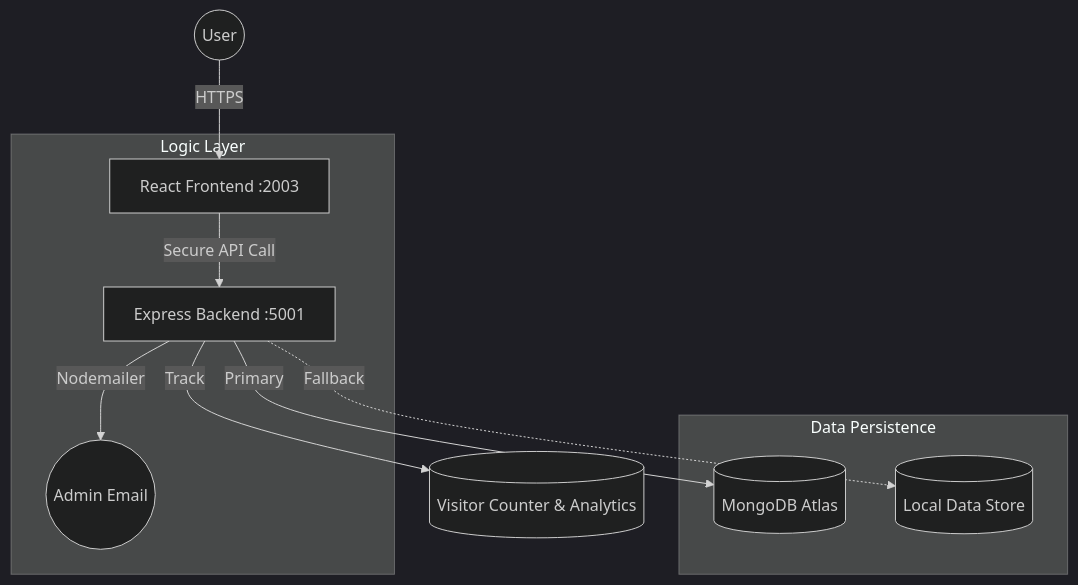
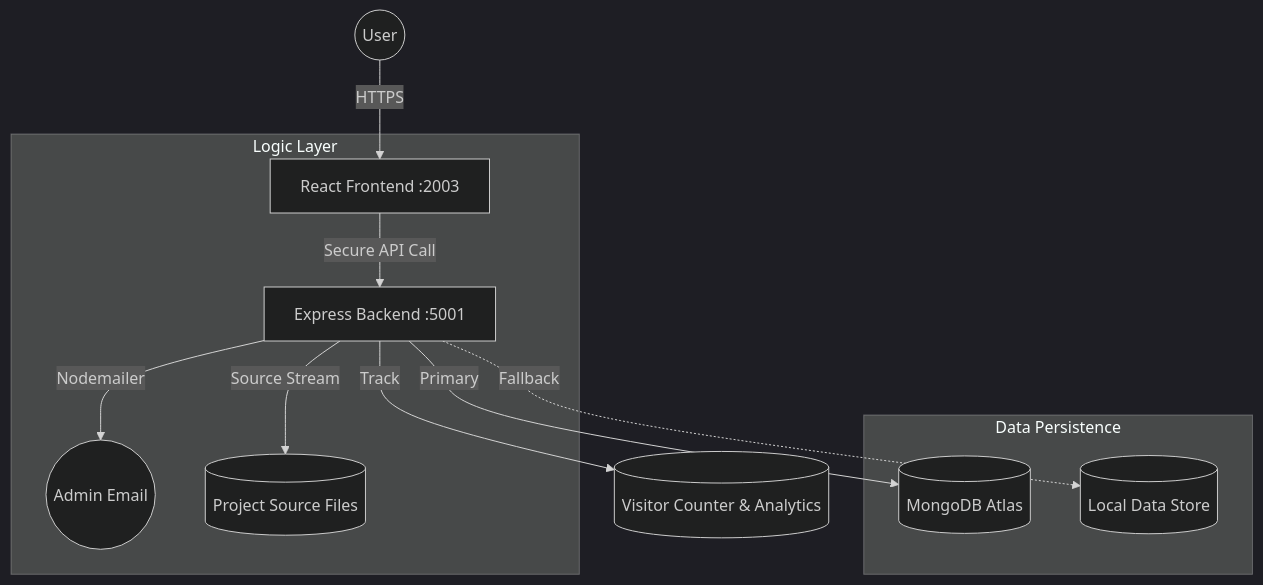
One commit to mdyasar49/portfolio-yasar changed the diagram in client/public/docs/README.md. Above: the diagram before and after it, drawn with Mermaid (dark theme). The commit also changed other lines of this file and 47 other files, not shown here.

````diff
--- a/client/public/docs/README.md
+++ b/client/public/docs/README.md
@@ -34,13 +34,14 @@
 ```mermaid
 graph TD
     User((User)) -->|HTTPS| React[React Frontend :2003]
     subgraph "Logic Layer"
         React -->|Secure API Call| Express[Express Backend :5001]
         Express -->|Nodemailer| AdminEmail((Admin Email))
+        Express -->|Source Stream| Files[(Project Source Files)]
     end
     subgraph "Data Persistence"
         Express -->|Primary| Mongo[(MongoDB Atlas)]
         Express -.->|Fallback| JSON[(Local Data Store)]
     end
     Express -->|Track| Stats[(Visitor Counter & Analytics)]
 ```
````
